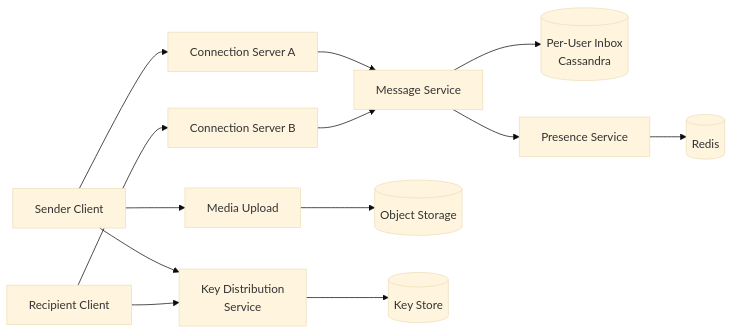
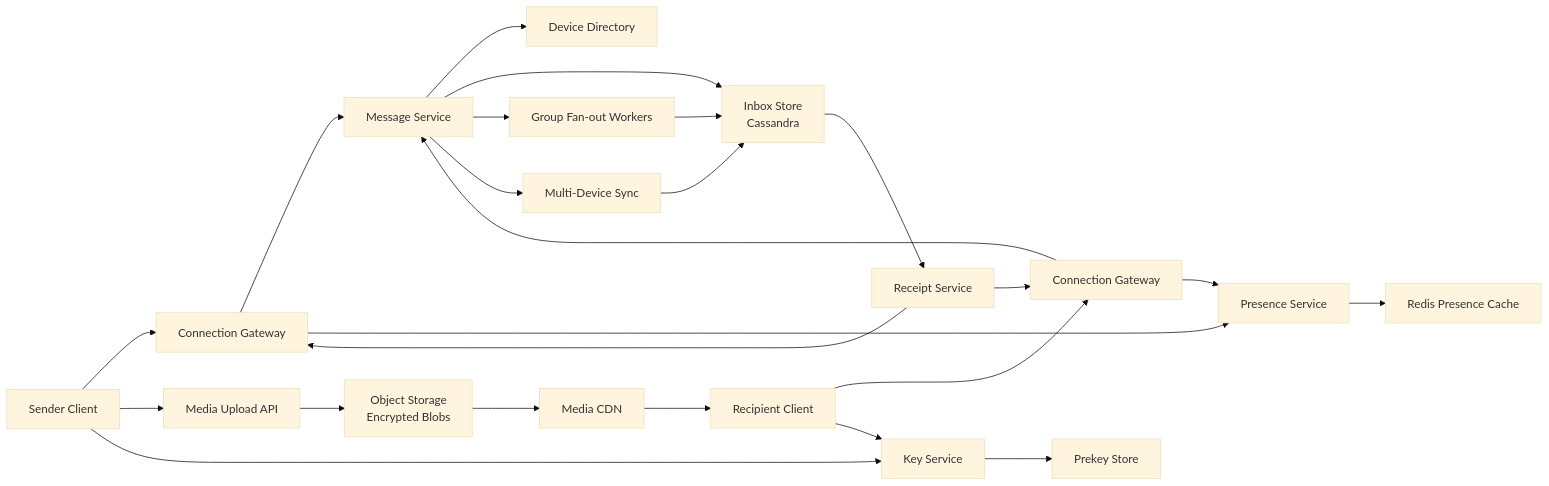
One commit to sunny70487/system-design changed the first of 3 diagrams in content/seed-questions/whatsapp.md. Above: the diagram before and after it, drawn with Mermaid (base theme). The commit also changed other lines of this file and 65 other files, not shown here.

````diff
--- a/content/seed-questions/whatsapp.md
+++ b/content/seed-questions/whatsapp.md
@@ -40,15 +59,26 @@
 ```mermaid
 flowchart LR
-  A[Sender Client] --> CS1[Connection Server A]
-  B[Recipient Client] --> CS2[Connection Server B]
-  CS1 --> MS[Message Service]
-  CS2 --> MS
-  MS --> INBOX[(Per-User Inbox<br/>Cassandra)]
-  MS --> PRES[Presence Service]
-  PRES --> KV[(Redis)]
-  A --> MEDIA[Media Upload]
-  MEDIA --> OS[(Object Storage)]
-  A --> KDS[Key Distribution<br/>Service]
-  B --> KDS
-  KDS --> KEYS[(Key Store)]
+  SC[Sender Client] --> CG1[Connection Gateway]
+  RC[Recipient Client] --> CG2[Connection Gateway]
+  SC --> MU[Media Upload API]
+  MU --> OBJ[Object Storage<br/>Encrypted Blobs]
+  SC --> KS[Key Service]
+  RC --> KS
+  KS --> PK[Prekey Store]
+  CG1 --> MSG[Message Service]
+  CG2 --> MSG
+  MSG --> DIR[Device Directory]
+  MSG --> INB[Inbox Store<br/>Cassandra]
+  MSG --> FAN[Group Fan-out Workers]
+  FAN --> INB
+  MSG --> SYNC[Multi-Device Sync]
+  SYNC --> INB
+  CG1 --> PRE[Presence Service]
+  CG2 --> PRE
+  PRE --> PR[Redis Presence Cache]
+  INB --> ACK[Receipt Service]
+  ACK --> CG1
+  ACK --> CG2
+  OBJ --> CDN[Media CDN]
+  CDN --> RC
 ```
````
